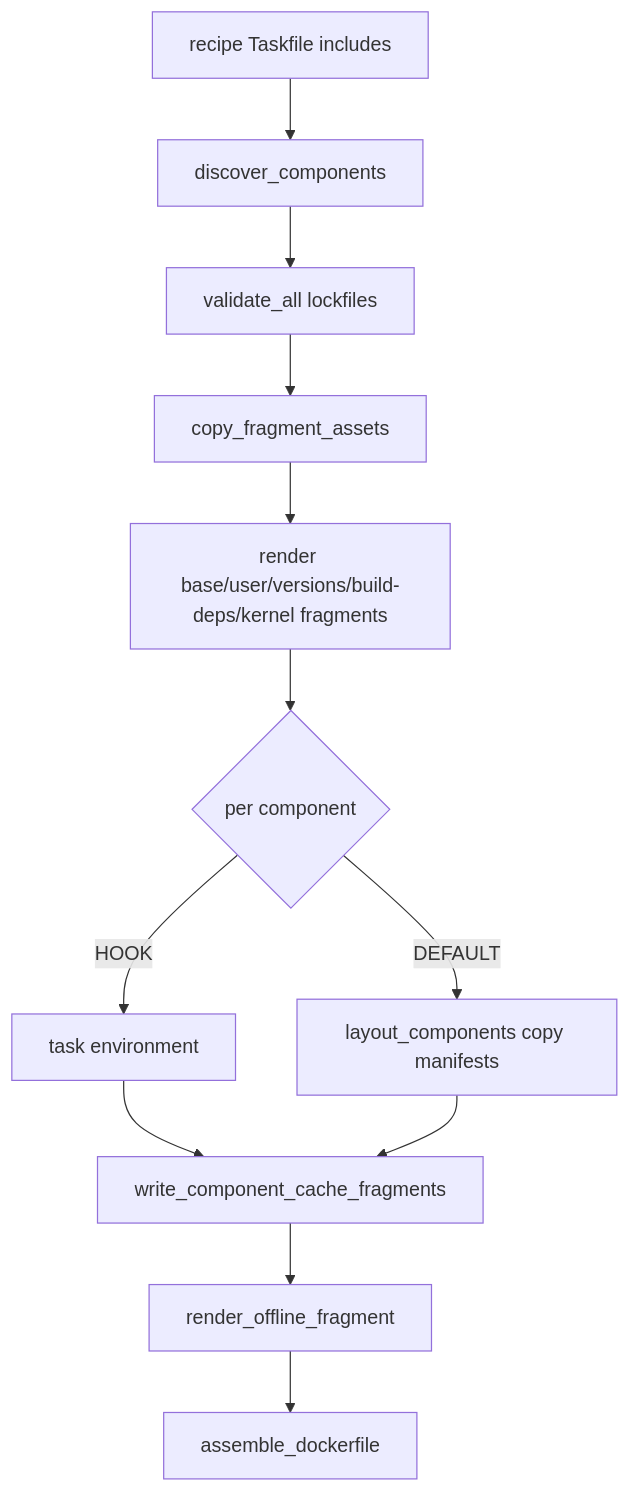
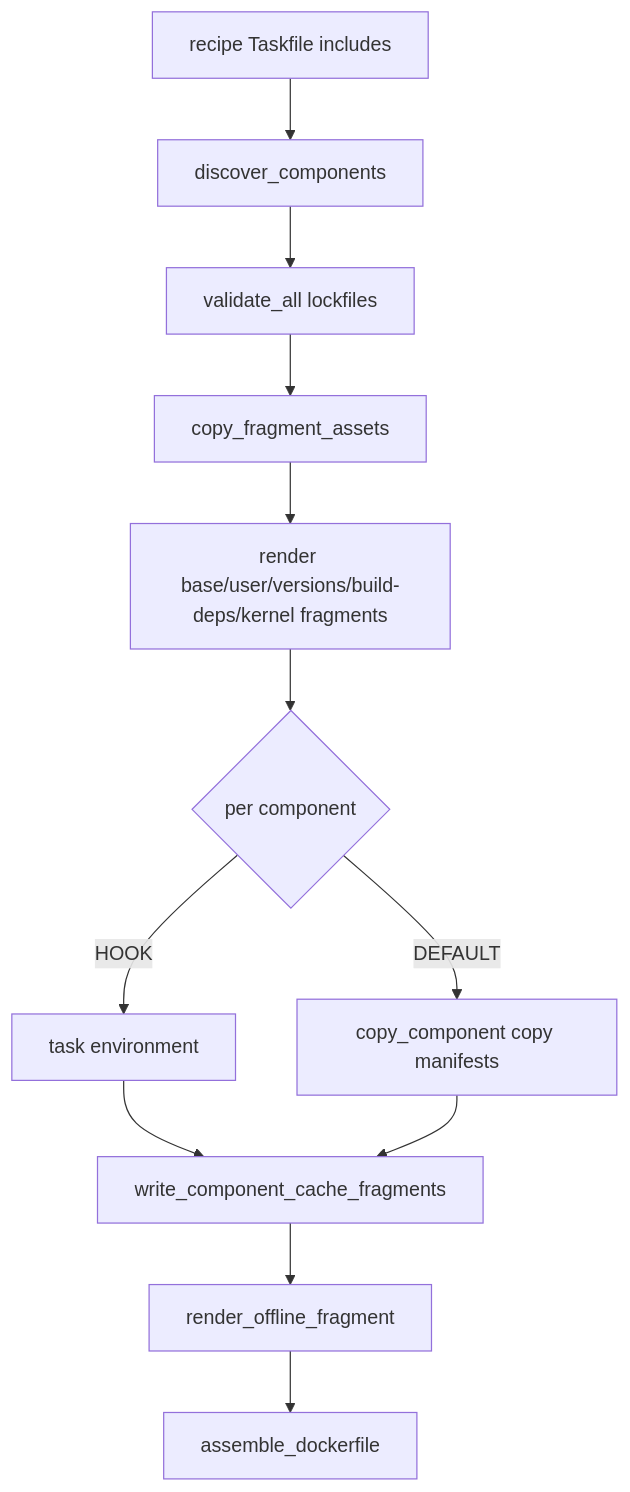
One commit to datarobot-oss/dr-environment changed the diagram in AGENTS.md. Above: the diagram before and after it, drawn with Mermaid. The commit also changed other lines of this file and 2 other files, not shown here.

````diff
--- a/AGENTS.md
+++ b/AGENTS.md
@@ -71,14 +71,14 @@
 ```mermaid
 flowchart TD
     A[recipe Taskfile includes] --> B[discover_components]
     B --> C[validate_all lockfiles]
     C --> D[copy_fragment_assets]
     D --> E[render base/user/versions/build-deps/kernel fragments]
     E --> F{per component}
     F -->|HOOK| G[task environment]
-    F -->|DEFAULT| H[layout_components copy manifests]
+    F -->|DEFAULT| H[copy_component copy manifests]
     G --> I[write_component_cache_fragments]
     H --> I
     I --> J[render_offline_fragment]
     J --> K[assemble_dockerfile]
 ```
````
